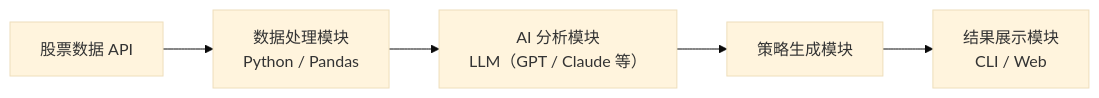
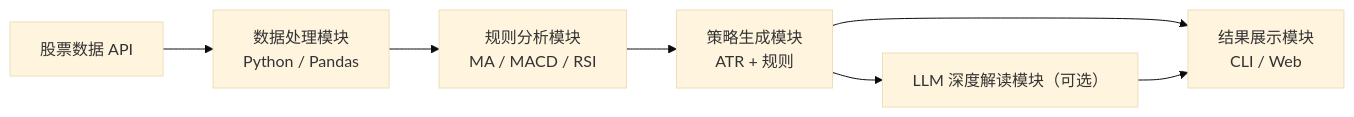
Before and after one commit to mingqiangdu1-arch/AI-Agent: the second of 2 diagrams in AI 投研 Agent — PRD（V1） 786e92fe1f9344d98df99f46fe010eb0.md, drawn with Mermaid (base theme). The commit also changed other lines of this file and 6 other files, not shown here.

````diff
--- a/AI 投研 Agent — PRD（V1） 786e92fe1f9344d98df99f46fe010eb0.md
+++ b/AI 投研 Agent — PRD（V1） 786e92fe1f9344d98df99f46fe010eb0.md
@@ -197,7 +207,9 @@
 ```mermaid
 flowchart LR
     A["股票数据 API"] --> B["数据处理模块<br>Python / Pandas"]
-    B --> C["AI 分析模块<br>LLM（GPT / Claude 等）"]
-    C --> D["策略生成模块"]
+    B --> C["规则分析模块<br>MA / MACD / RSI"]
+    C --> D["策略生成模块<br>ATR + 规则"]
+    D --> F["LLM 深度解读模块（可选）"]
     D --> E["结果展示模块<br>CLI / Web"]
+    F --> E
 ```
````
